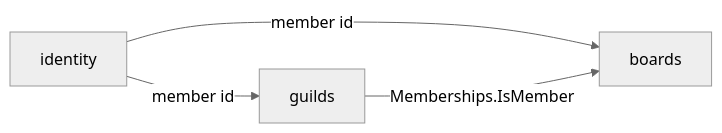
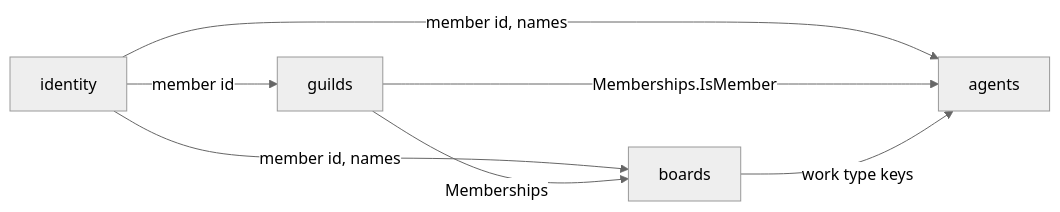
The diagram in docs/domain/context-map.md (jevido/the-bakery), drawn with Mermaid (neutral theme) before and after one commit. The commit also changed other lines of this file and 2 other files, not shown here.

First line of the commit message:
docs: agents context and work types

````diff
--- a/docs/domain/context-map.md
+++ b/docs/domain/context-map.md
@@ -50,6 +55,9 @@
 ```mermaid
 flowchart LR
   identity -->|member id| guilds
-  identity -->|member id| boards
-  guilds -->|Memberships.IsMember| boards
+  identity -->|member id, names| boards
+  identity -->|member id, names| agents
+  guilds -->|Memberships| boards
+  guilds -->|Memberships.IsMember| agents
+  boards -->|work type keys| agents
 ```
````
